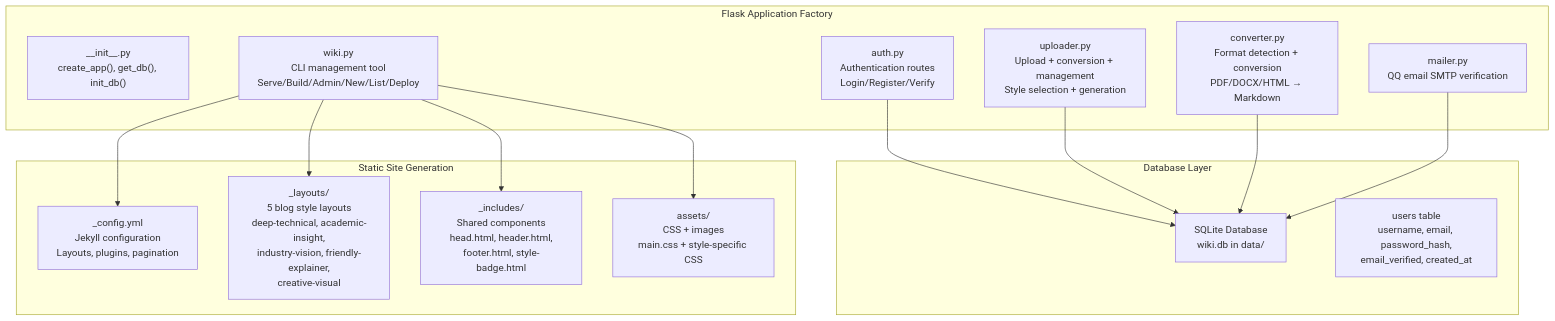
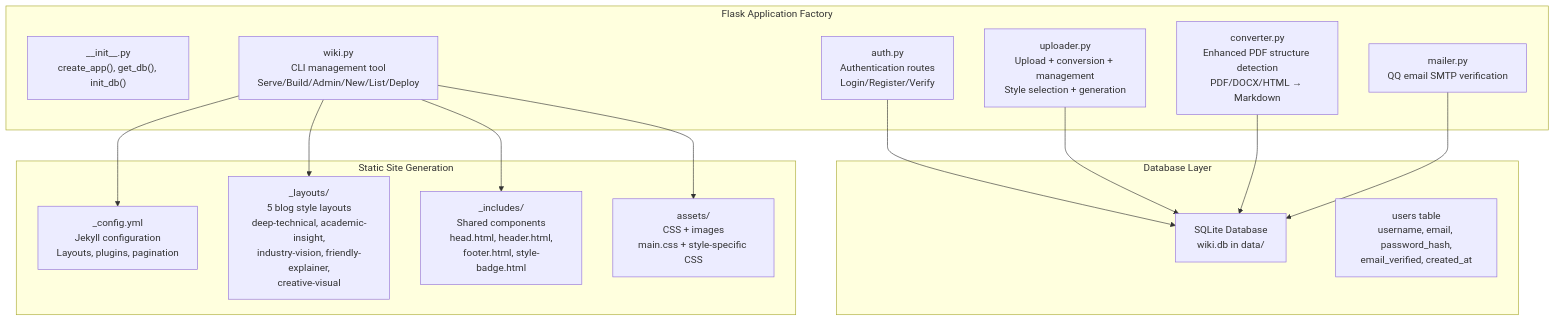
The first of 8 diagrams in .qoder/repowiki/en/content/Backend Application/Backend Application.md (PolarisW007/PolaZhenJing), drawn with Mermaid before and after one commit. The commit also changed other lines of this file and 8 other files, not shown here.

````diff
--- a/.qoder/repowiki/en/content/Backend Application/Backend Application.md
+++ b/.qoder/repowiki/en/content/Backend Application/Backend Application.md
@@ -46,29 +45,29 @@
 ```mermaid
 graph TB
 subgraph "Flask Application Factory"
 APP["__init__.py<br/>create_app(), get_db(), init_db()"]
 AUTH["auth.py<br/>Authentication routes<br/>Login/Register/Verify"]
 UP["uploader.py<br/>Upload + conversion + management<br/>Style selection + generation"]
-CONV["converter.py<br/>Format detection + conversion<br/>PDF/DOCX/HTML → Markdown"]
+CONV["converter.py<br/>Enhanced PDF structure detection<br/>PDF/DOCX/HTML → Markdown"]
 MAIL["mailer.py<br/>QQ email SMTP verification"]
 CLI["wiki.py<br/>CLI management tool<br/>Serve/Build/Admin/New/List/Deploy"]
 end
 subgraph "Database Layer"
 SQLITE["SQLite Database<br/>wiki.db in data/"]
 USERS["users table<br/>username, email, password_hash,<br/>email_verified, created_at"]
 end
 subgraph "Static Site Generation"
 JEKYLL["_config.yml<br/>Jekyll configuration<br/>Layouts, plugins, pagination"]
 LAYOUTS["_layouts/<br/>5 blog style layouts<br/>deep-technical, academic-insight,<br/>industry-vision, friendly-explainer,<br/>creative-visual"]
 INCLUDES["_includes/<br/>Shared components<br/>head.html, header.html,<br/>footer.html, style-badge.html"]
 ASSETS["assets/<br/>CSS + images<br/>main.css + style-specific CSS"]
 end
 AUTH --> SQLITE
 UP --> SQLITE
 CONV --> SQLITE
 MAIL --> SQLITE
 CLI --> JEKYLL
 CLI --> LAYOUTS
 CLI --> INCLUDES
 CLI --> ASSETS
 ```
````
